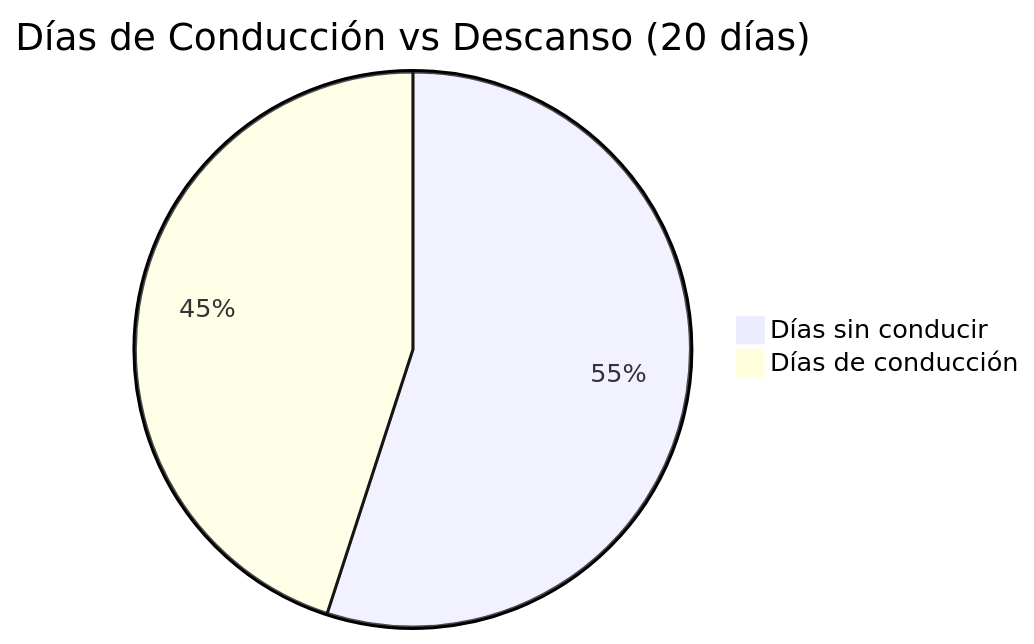
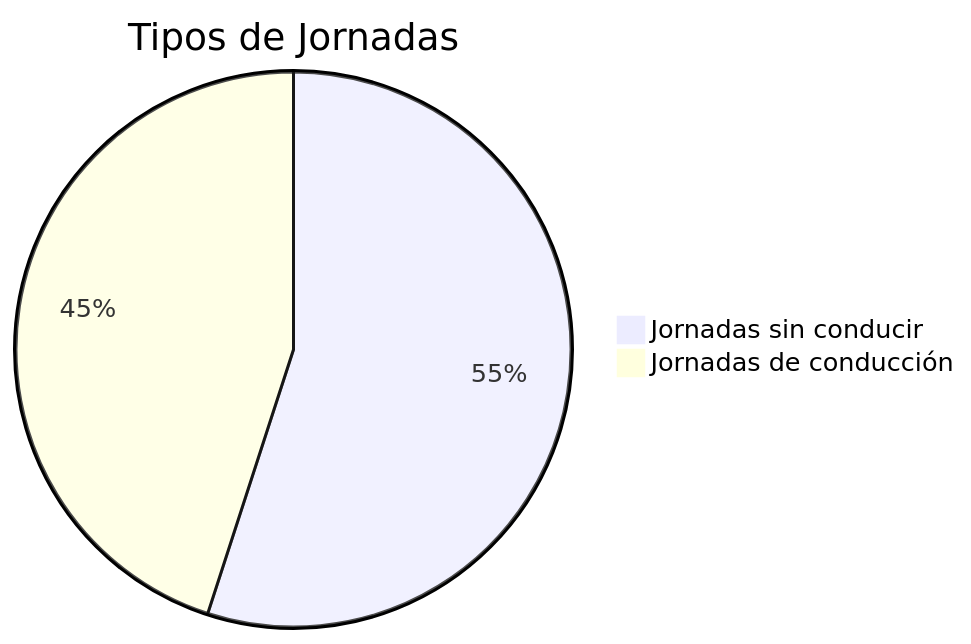
One commit to carlosrodlop/carlosrodlop-docs changed the fourth of 4 diagrams in trips/Portugal_2025.md. Above: the diagram before and after it, drawn with Mermaid. The commit also changed other lines of this file, not shown here.

````diff
--- a/trips/Portugal_2025.md
+++ b/trips/Portugal_2025.md
@@ -225,5 +326,5 @@
 ```mermaid
-pie title Días de Conducción vs Descanso (20 días)
-    "Días sin conducir" : 11
-    "Días de conducción" : 9
+pie title Tipos de Jornadas
+    "Jornadas sin conducir" : 55
+    "Jornadas de conducción" : 45
 ```
````
